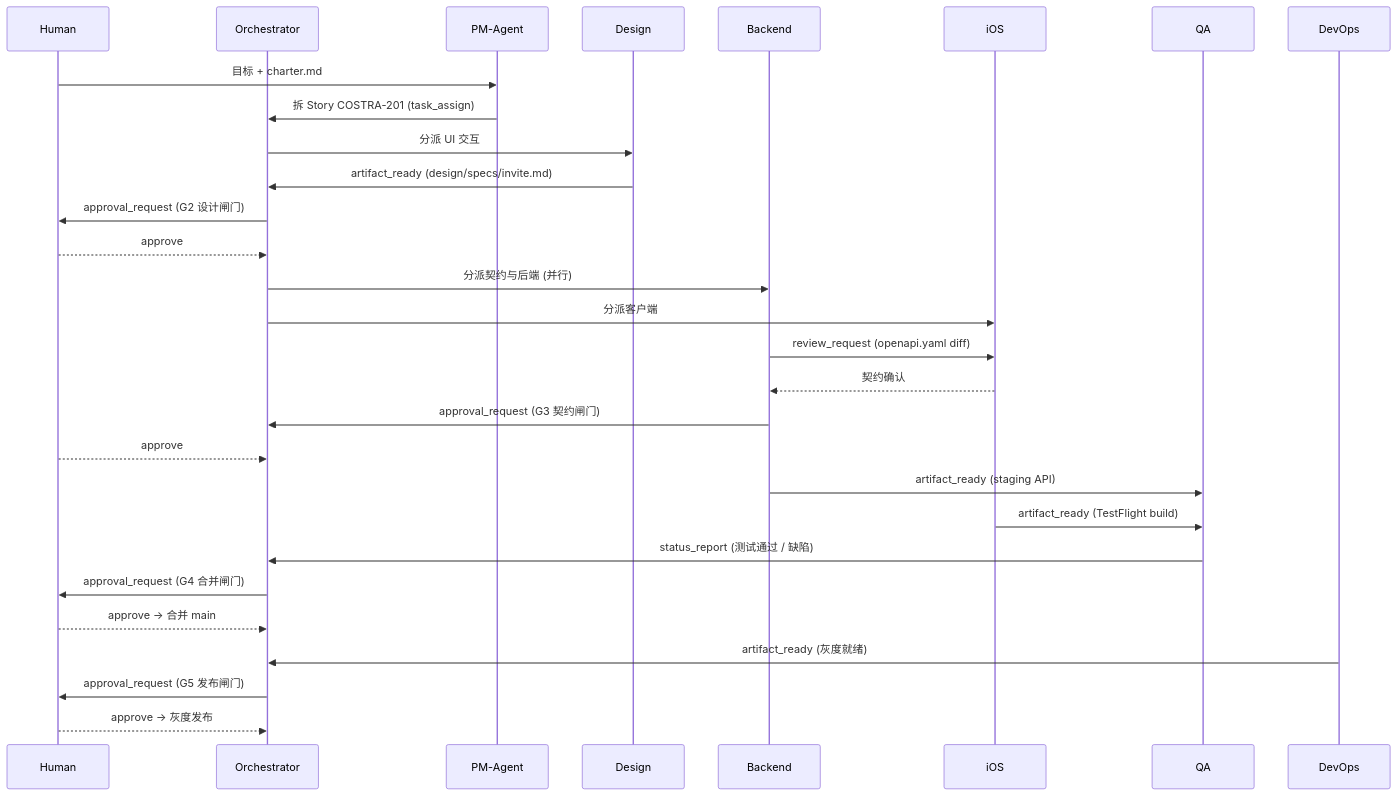
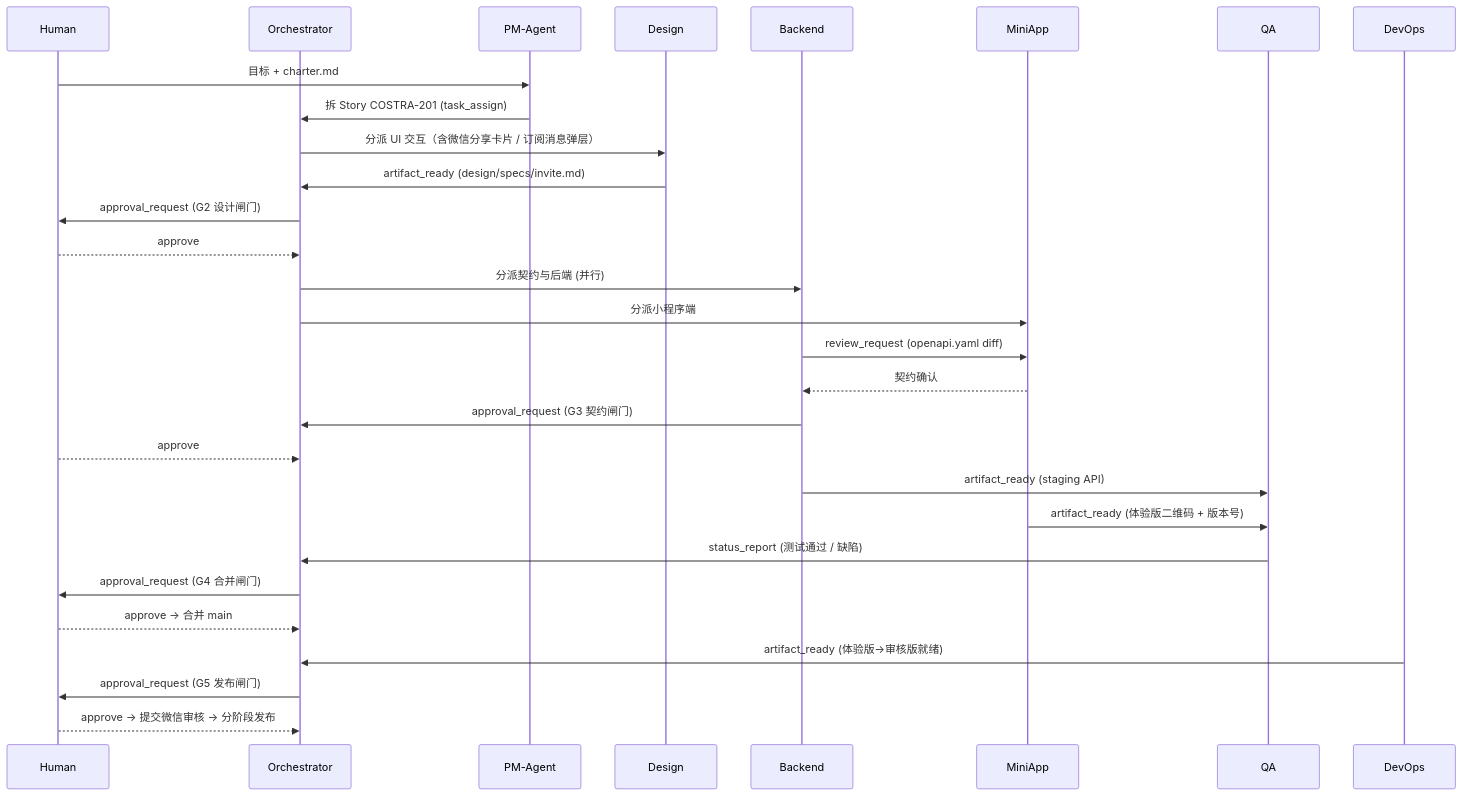
Before and after one commit to stdmkmehp/Costra: the first of 2 diagrams in COSTRA-BLUEPRINT.md, drawn with Mermaid. The commit also changed other lines of this file and 22 other files, not shown here.

````diff
--- a/COSTRA-BLUEPRINT.md
+++ b/COSTRA-BLUEPRINT.md
@@ -123,32 +132,32 @@
 ```mermaid
 sequenceDiagram
   participant H as Human
   participant O as Orchestrator
   participant PM as PM-Agent
   participant D as Design
   participant B as Backend
-  participant I as iOS
+  participant M as MiniApp
   participant Q as QA
   participant OP as DevOps
 
   H->>PM: 目标 + charter.md
   PM->>O: 拆 Story COSTRA-201 (task_assign)
-  O->>D: 分派 UI 交互
+  O->>D: 分派 UI 交互（含微信分享卡片 / 订阅消息弹层）
   D->>O: artifact_ready (design/specs/invite.md)
   O->>H: approval_request (G2 设计闸门)
   H-->>O: approve
   O->>B: 分派契约与后端 (并行)
-  O->>I: 分派客户端
-  B->>I: review_request (openapi.yaml diff)
-  I-->>B: 契约确认
+  O->>M: 分派小程序端
+  B->>M: review_request (openapi.yaml diff)
+  M-->>B: 契约确认
   B->>O: approval_request (G3 契约闸门)
   H-->>O: approve
   B->>Q: artifact_ready (staging API)
-  I->>Q: artifact_ready (TestFlight build)
+  M->>Q: artifact_ready (体验版二维码 + 版本号)
   Q->>O: status_report (测试通过 / 缺陷)
   O->>H: approval_request (G4 合并闸门)
   H-->>O: approve → 合并 main
-  OP->>O: artifact_ready (灰度就绪)
+  OP->>O: artifact_ready (体验版→审核版就绪)
   O->>H: approval_request (G5 发布闸门)
-  H-->>O: approve → 灰度发布
+  H-->>O: approve → 提交微信审核 → 分阶段发布
 ```
````
